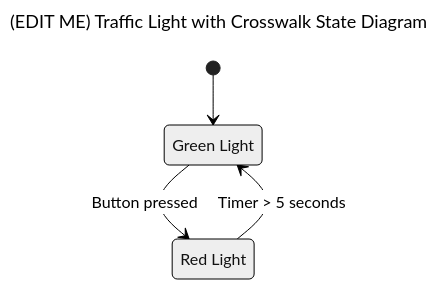
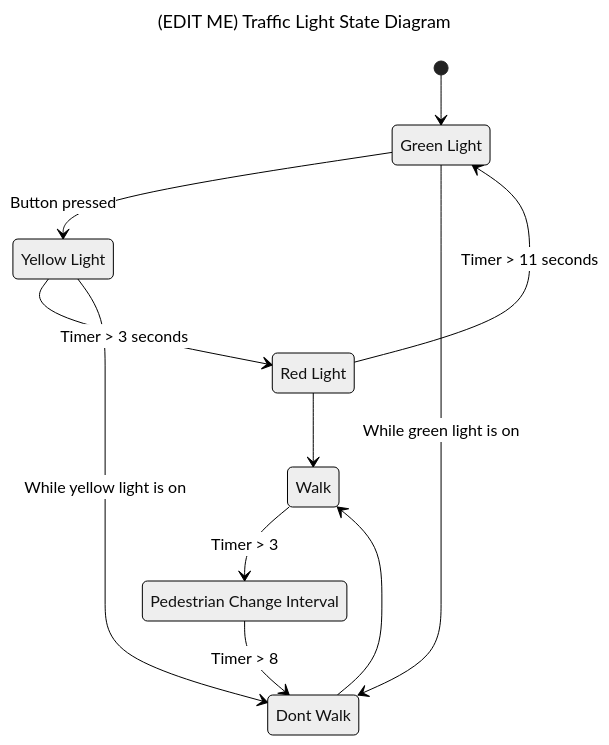
One commit to aayu22809/Training-StateMachines changed the diagram in Assignment2.md. Above: the diagram before and after it, drawn with Mermaid (neutral theme). The commit also changed 26 other files, not shown here.

First line of the commit message:
Add code for simple pedestrian light in the fsm

````diff
--- a/Assignment2.md
+++ b/Assignment2.md
@@ -16,12 +16,31 @@
 ```mermaid
 ---
-title: (EDIT ME) Traffic Light with Crosswalk State Diagram
+title: (EDIT ME) Traffic Light State Diagram
 ---
 stateDiagram-v2
-  state "Green Light" as GREEN_LIGHT_STATE
-  state "Red Light" as RED_LIGHT_STATE
+  state "Green Light" as VEHICLES_GREEN
+  state "Red Light" as VEHICLES_RED
+  state "Yellow Light" as 
+  VEHICLES_YELLOW
+  state "Dont Walk" as
+  PEDESTRIAN_HALT
+  state "Walk" as
+  PEDESTRIAN_WALK
+  state "Pedestrian Change Interval" as 
+  PEDESTRIAN_FLASH
 
-  [*] --> GREEN_LIGHT_STATE
-  GREEN_LIGHT_STATE --> RED_LIGHT_STATE: Button pressed
-  RED_LIGHT_STATE --> GREEN_LIGHT_STATE: Timer > 5 seconds
+  [*] --> VEHICLES_GREEN
+  VEHICLES_GREEN --> VEHICLES_YELLOW: Button pressed
+  VEHICLES_YELLOW --> VEHICLES_RED: Timer > 3 seconds
+  VEHICLES_RED --> VEHICLES_GREEN: Timer > 11 seconds
+
+  PEDESTRIAN_HALT --> PEDESTRIAN_WALK
+  PEDESTRIAN_WALK --> PEDESTRIAN_FLASH: Timer > 3
+  PEDESTRIAN_FLASH --> PEDESTRIAN_HALT: Timer > 8
+
+  VEHICLES_GREEN --> PEDESTRIAN_HALT: While green light is on
+  VEHICLES_YELLOW --> PEDESTRIAN_HALT: While yellow light is on
+  VEHICLES_RED --> PEDESTRIAN_WALK
+
+
 ```
````
